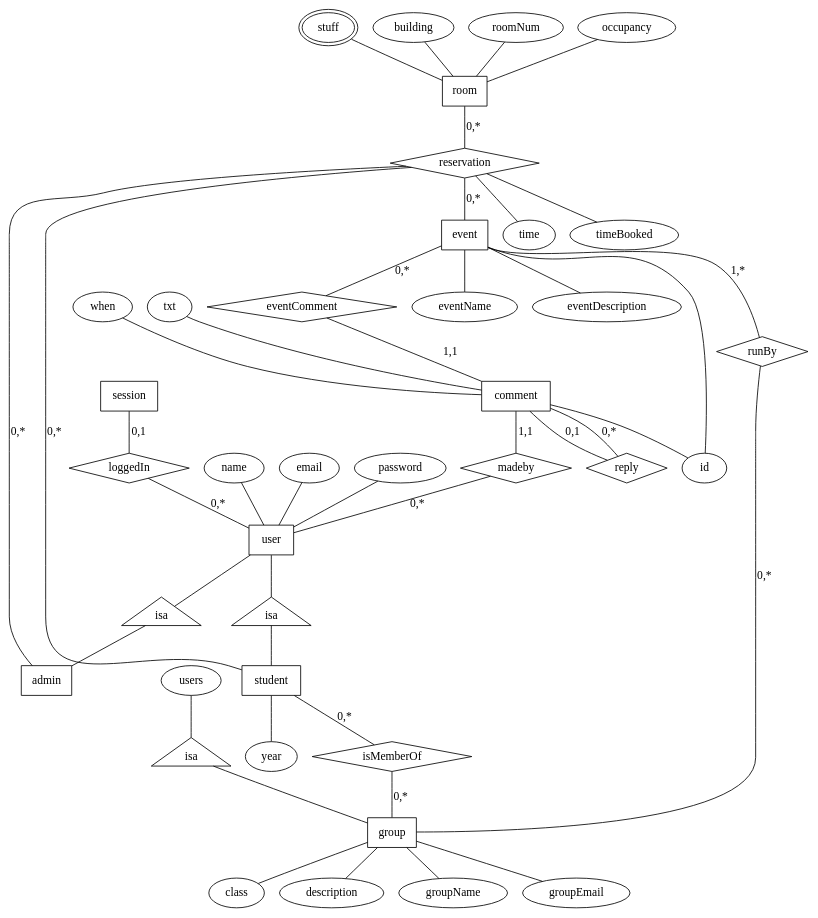
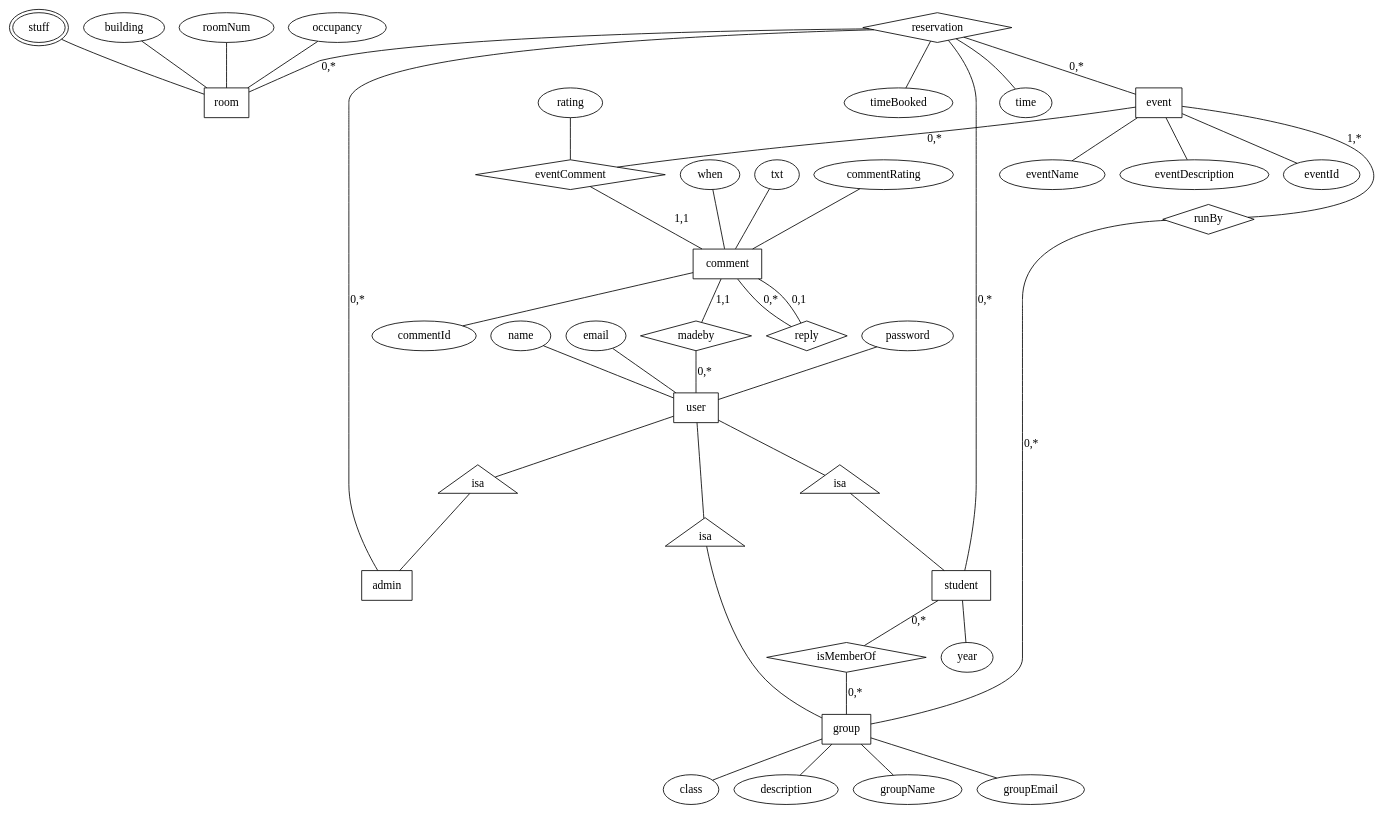
One commit to AstraLuma/restracker changed the diagram in ERmodel.dot. Above: the diagram before and after it, drawn with Graphviz. The commit also changed 1 other file, not shown here.

Commit message:
Completed except for what Jamie will do. Changed ER model to not include session

```diff
--- a/ERmodel.dot
+++ b/ERmodel.dot
@@ -1,75 +1,81 @@
 graph{
 room [shape=box];
 group [shape=box];
 event [shape=box];
 user [shape=box];
 admin [shape=box];
 student [shape=box];
-session [shape=box];
+//session [shape=box];
 comment [shape=box];
 
 isaadmin [shape=triangle,label=isa];
 isastudent [shape=triangle,label=isa];
 isagroup [shape=triangle,label=isa];
 
 isMemberOf [shape=diamond];
 runBy [shape=diamond];
 reservation [shape=diamond]; //make this an entity and relations not one-to-one?
-loggedIn [shape=diamond];
+//loggedIn [shape=diamond];
 eventComment [shape=diamond];
 madeby [shape=diamond];
 reply [shape=diamond];
 
 stuff[peripheries=2];
 
-session--loggedIn [label="0,1"];
-loggedIn--user [label="0,*"];
+//session--loggedIn [label="0,1"];
+//loggedIn--user [label="0,*"];
+
 event--eventComment [label="0,*"];
 eventComment--comment [label="1,1"];
 comment--madeby [label="1,1"];
 madeby--user [label="0,*"];
 comment--reply [label="0,*"];
 reply--comment [label="0,1"];
 
 user--isastudent--student;
 user--isaadmin--admin;
-users--isagroup--group;
+user--isagroup--group;
+
 student--isMemberOf [label="0,*"];
 isMemberOf--group [label="0,*"];
 
 event--runBy [label="1,*"];
 runBy--group [label="0,*"];
 
 //primary key of reservation is room and time?
 student--reservation [label="0,*"];
-room--reservation [label="0,*"];
+reservation--room [label="0,*"];
 reservation--event [label="0,*"]; //events can be in un-reservable places
 admin--reservation [label="0,*"];
 
 //attributes
 name--user;
 email--user; //key
 password--user;
 student--year;
 
 group--class;
 group--description;
 group--groupName; //key
 group--groupEmail; 
 
 building--room; //key
 roomNum--room; //key
 occupancy--room;
 stuff--room;
 
 event--eventName;
 event--eventDescription;
-event--id; //key
+event--eventId; //key
 
 reservation--time;
 reservation--timeBooked;
 
+rating--eventComment;
+
+commentRating--comment;
 when--comment;
 txt--comment;
-comment--id; //key
+comment--commentId; //key
+
 }
```
